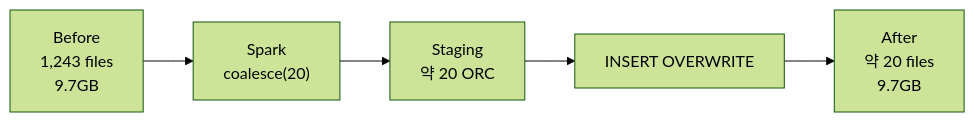
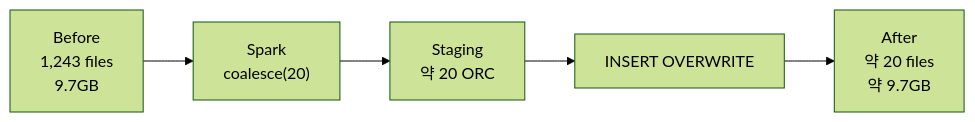
Before and after one commit to DataDynamics/hive-orc-table-compaction: the eighth of 13 diagrams in README.md, drawn with Mermaid (forest theme). The commit also changed other lines of this file, not shown here.

````diff
--- a/README.md
+++ b/README.md
@@ -1489,13 +1584,13 @@
 ```mermaid
 flowchart LR
 
     A["Before<br/>1,243 files<br/>9.7GB"]
 
     A --> B["Spark<br/>coalesce(20)"]
 
     B --> C["Staging<br/>약 20 ORC"]
 
     C --> D["INSERT OVERWRITE"]
 
-    D --> E["After<br/>약 20 files<br/>9.7GB"]
+    D --> E["After<br/>약 20 files<br/>약 9.7GB"]
 ```
````
